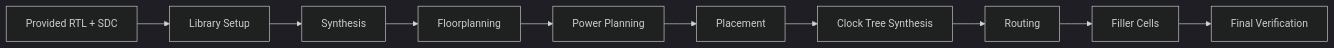
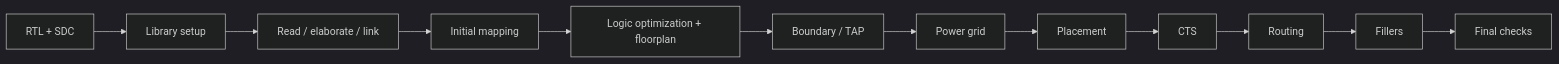
The diagram in README.md (SalemKhatib/RISC-V-Physical-Design-RTL-to-Place-Route), drawn with Mermaid (dark theme) before and after one commit. The commit also changed other lines of this file and 38 other files, not shown here.

````diff
--- a/README.md
+++ b/README.md
@@ -79,12 +31,14 @@
 ```mermaid
 flowchart LR
-    A[Provided RTL + SDC] --> B[Library Setup]
-    B --> C[Synthesis]
-    C --> D[Floorplanning]
-    D --> E[Power Planning]
-    E --> F[Placement]
-    F --> G[Clock Tree Synthesis]
-    G --> H[Routing]
-    H --> I[Filler Cells]
-    I --> J[Final Verification]
+    A[RTL + SDC] --> B[Library setup]
+    B --> C[Read / elaborate / link]
+    C --> D[Initial mapping]
+    D --> E[Logic optimization + floorplan]
+    E --> F[Boundary / TAP]
+    F --> G[Power grid]
+    G --> H[Placement]
+    H --> I[CTS]
+    I --> J[Routing]
+    J --> K[Fillers]
+    K --> L[Final checks]
 ```
````
